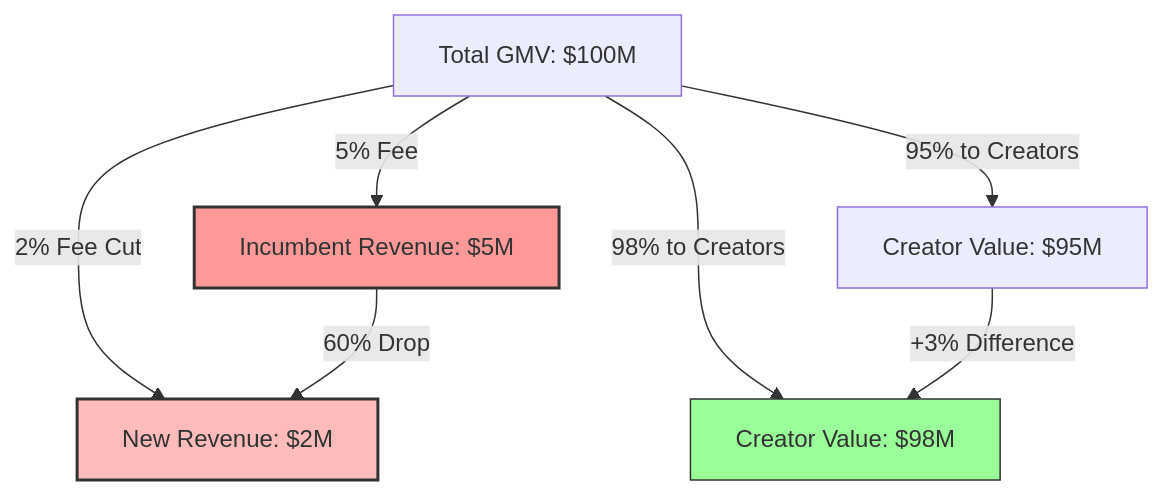
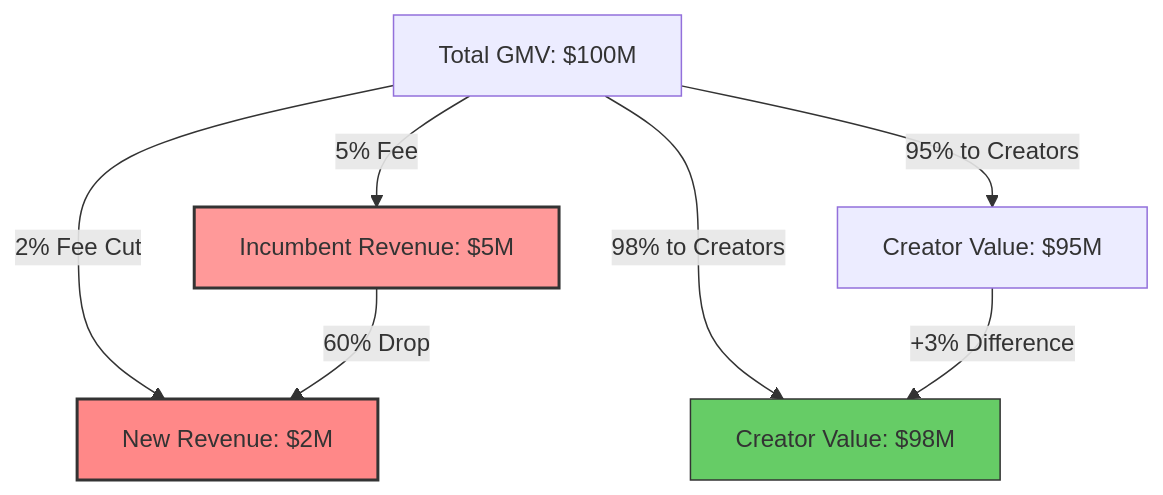
Before and after one commit to ljg-cqu/knowledge: the fourth of 16 diagrams in Industry/Blockchain/Blockchain/ValueChain/QA_DeepSeek.md, drawn with Mermaid. The commit also changed other lines of this file and 6 other files, not shown here.

````diff
--- a/Industry/Blockchain/Blockchain/ValueChain/QA_DeepSeek.md
+++ b/Industry/Blockchain/Blockchain/ValueChain/QA_DeepSeek.md
@@ -224,14 +224,14 @@
 ```mermaid
 graph TD
     A[Total GMV: $100M] -->|5% Fee| B[Incumbent Revenue: $5M]
     A -->|2% Fee Cut| C[New Revenue: $2M]
     A -->|95% to Creators| D[Creator Value: $95M]
     A -->|98% to Creators| E[Creator Value: $98M]
     
     B -->|60% Drop| C
     D -->|+3% Difference| E
     
     style B fill:#f99,stroke:#333,stroke-width:2px
-    style C fill:#fbb,stroke:#333,stroke-width:2px
-    style E fill:#9f9,stroke:#333,stroke-width:1px
+    style C fill:#f88,stroke:#333,stroke-width:2px
+    style E fill:#6c6,stroke:#333,stroke-width:1px
 ```
````
